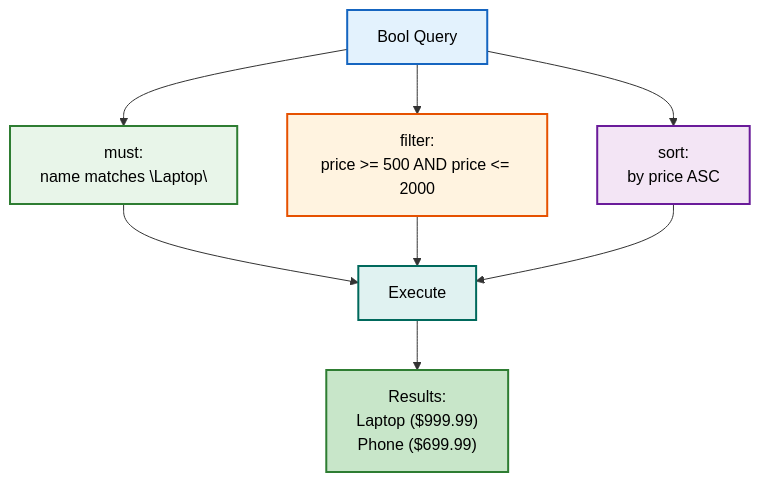
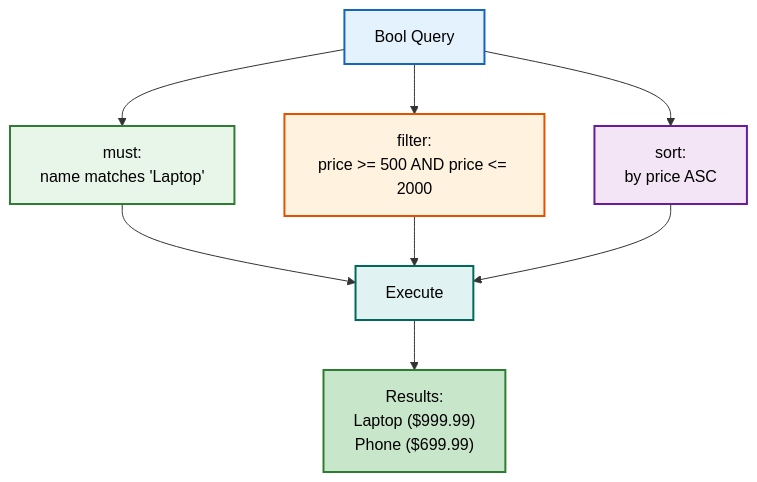
Before and after one commit to sawmikcuet19/ElasticSearch-springboot: diagram 12 of 17 in README.md, drawn with Mermaid. The commit also changed other lines of this file, not shown here.

Commit message:
Fix all Mermaid diagram parse errors: replace escaped quotes with single quotes

````diff
--- a/README.md
+++ b/README.md
@@ -590,19 +590,19 @@
 ```mermaid
 flowchart TD
-    Q["Bool Query"] --> MUST["must:\nname matches \"Laptop\""]
+    Q["Bool Query"] --> MUST["must:\nname matches 'Laptop'"]
     Q --> FILTER["filter:\nprice >= 500 AND price <= 2000"]
     Q --> SORT["sort:\nby price ASC"]
 
     MUST --> EXECUTE["Execute"]
     FILTER --> EXECUTE
     SORT --> EXECUTE
 
     EXECUTE --> RESULT["Results:\nLaptop ($999.99)\nPhone ($699.99)"]
 
     style Q fill:#e3f2fd,stroke:#1565c0,stroke-width:2px,color:#000
     style MUST fill:#e8f5e9,stroke:#2e7d32,stroke-width:2px,color:#000
     style FILTER fill:#fff3e0,stroke:#e65100,stroke-width:2px,color:#000
     style SORT fill:#f3e5f5,stroke:#6a1b9a,stroke-width:2px,color:#000
     style EXECUTE fill:#e0f2f1,stroke:#00695c,stroke-width:2px,color:#000
     style RESULT fill:#c8e6c9,stroke:#2e7d32,stroke-width:2px,color:#000
 ```
````
